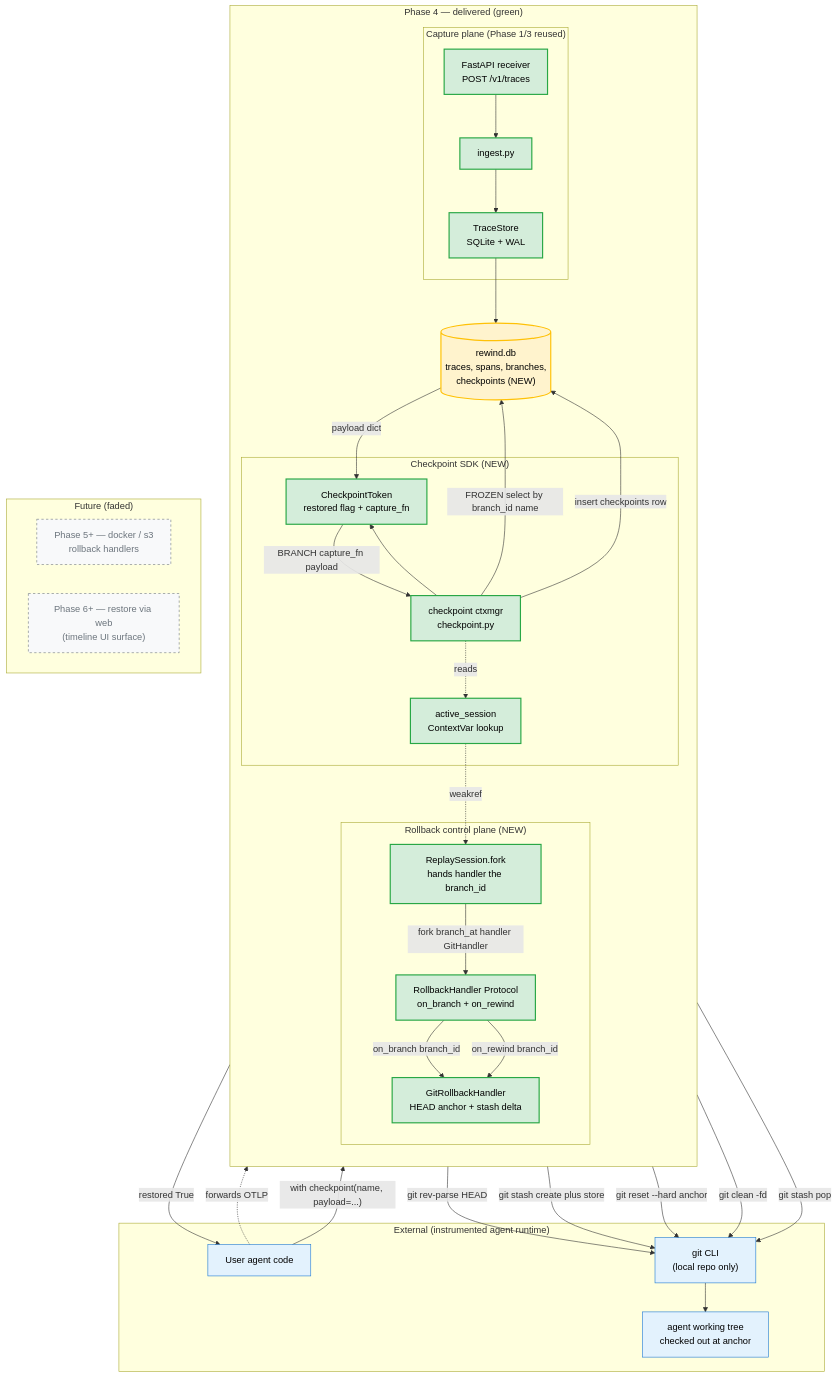
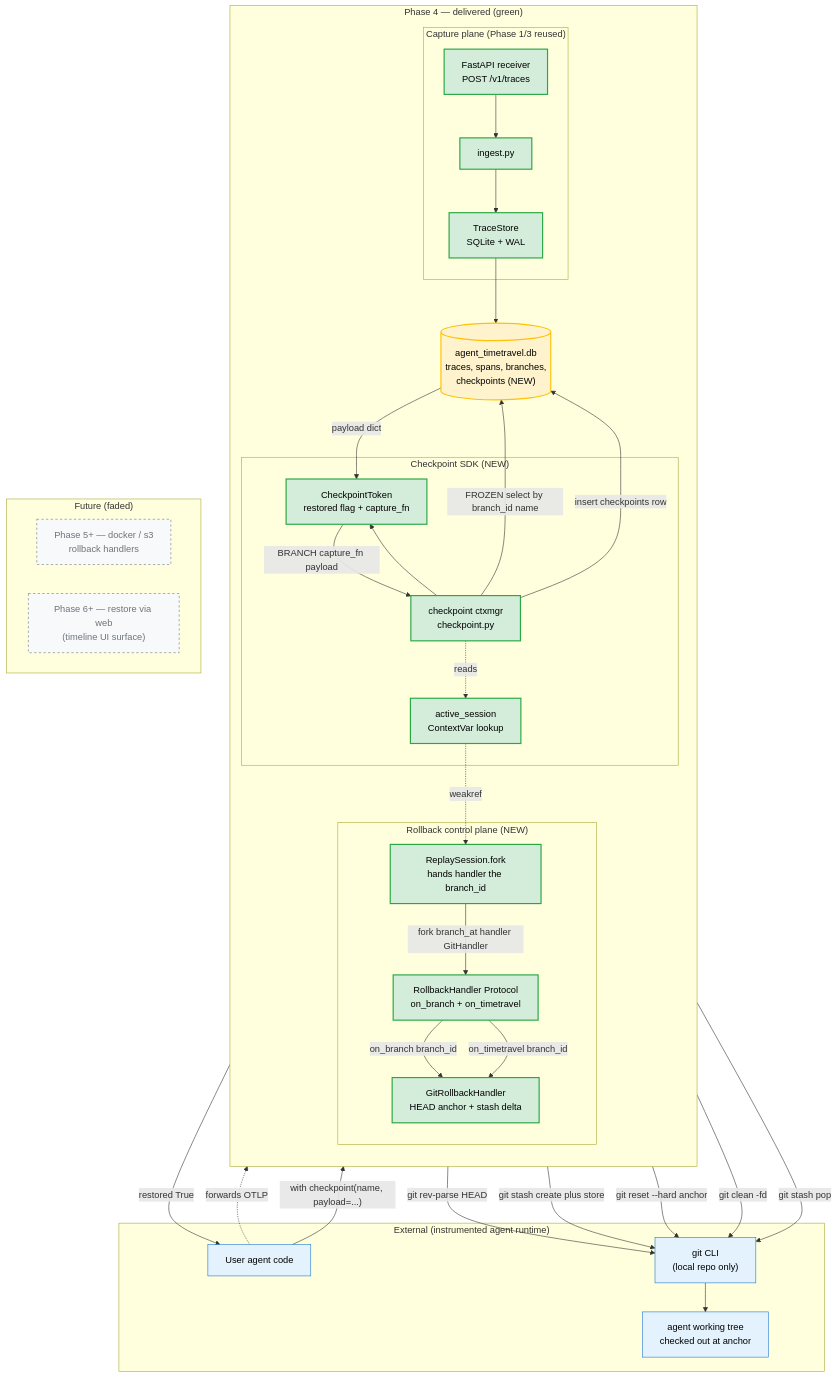
The first of 3 diagrams in docs/phases/phase-4.md (akshay-mp/Rewind), drawn with Mermaid before and after one commit. The commit also changed other lines of this file and 244 other files, not shown here.

First line of the commit message:
Rebrand to agent-timetravel

````diff
--- a/docs/phases/phase-4.md
+++ b/docs/phases/phase-4.md
@@ -225,61 +225,61 @@
 ```mermaid
 flowchart TB
     subgraph P4Delivered["Phase 4 — delivered (green)"]
         direction TB
         subgraph CapturePlane["Capture plane (Phase 1/3 reused)"]
             Receiver["FastAPI receiver<br/>POST /v1/traces"]
             Ingest["ingest.py"]
             StoreW["TraceStore<br/>SQLite + WAL"]
         end
-        DB[("rewind.db<br/>traces, spans, branches,<br/>checkpoints (NEW)")]
+        DB[("agent_timetravel.db<br/>traces, spans, branches,<br/>checkpoints (NEW)")]
         subgraph CheckpointPlane["Checkpoint SDK (NEW)"]
             CtxMgr["checkpoint ctxmgr<br/>checkpoint.py"]
             Token["CheckpointToken<br/>restored flag + capture_fn"]
             Active["active_session<br/>ContextVar lookup"]
         end
         subgraph RollbackPlane["Rollback control plane (NEW)"]
             Session["ReplaySession.fork<br/>hands handler the branch_id"]
-            Protocol["RollbackHandler Protocol<br/>on_branch + on_rewind"]
+            Protocol["RollbackHandler Protocol<br/>on_branch + on_timetravel"]
             GitHandler["GitRollbackHandler<br/>HEAD anchor + stash delta"]
         end
     end
     subgraph P4Future["Future (faded)"]
         DockerHandler["Phase 5+ — docker / s3<br/>rollback handlers"]
         WebUI["Phase 6+ — restore via web<br/>(timeline UI surface)"]
     end
     subgraph P4External["External (instrumented agent runtime)"]
         AgentCode["User agent code"]
         Git["git CLI<br/>(local repo only)"]
         WorkTree["agent working tree<br/>checked out at anchor"]
     end
     AgentCode -.forwards OTLP.-> Receiver
     Receiver --> Ingest
     Ingest --> StoreW
     StoreW --> DB
     AgentCode -->|"with checkpoint(name, payload=...)"| CtxMgr
     CtxMgr --> Token
     CtxMgr -.reads.-> Active
     Active -.weakref.-> Session
     CtxMgr -->|FROZEN select by branch_id name| DB
     DB -->|payload dict| Token
     Token -->|restored True| AgentCode
     Token -->|BRANCH capture_fn payload| CtxMgr
     CtxMgr -->|insert checkpoints row| DB
     Session -->|fork branch_at handler GitHandler| Protocol
     Protocol -->|on_branch branch_id| GitHandler
-    Protocol -->|on_rewind branch_id| GitHandler
+    Protocol -->|on_timetravel branch_id| GitHandler
     GitHandler -->|git rev-parse HEAD| Git
     GitHandler -->|git stash create plus store| Git
     GitHandler -->|git reset --hard anchor| Git
     GitHandler -->|git clean -fd| Git
     GitHandler -->|git stash pop| Git
     Git --> WorkTree
     classDef delivered fill:#d4edda,stroke:#28a745,stroke-width:2px,color:#000
     classDef future fill:#f8f9fa,stroke:#6c757d,stroke-dasharray:4 4,color:#6c757d
     classDef ext fill:#e3f2fd,stroke:#1976d2,stroke-width:1px,color:#000
     classDef db fill:#fff3cd,stroke:#ffc107,stroke-width:2px,color:#000
     class Receiver,Ingest,StoreW,CtxMgr,Token,Active,Session,Protocol,GitHandler delivered
     class DB db
     class DockerHandler,WebUI future
     class AgentCode,Git,WorkTree ext
 ```
````
